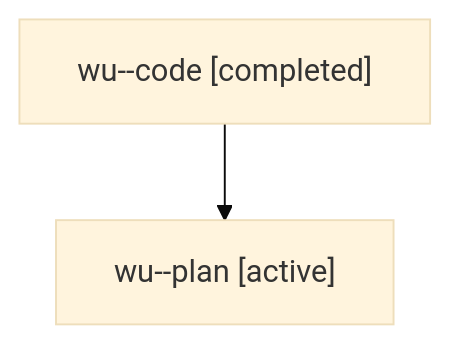
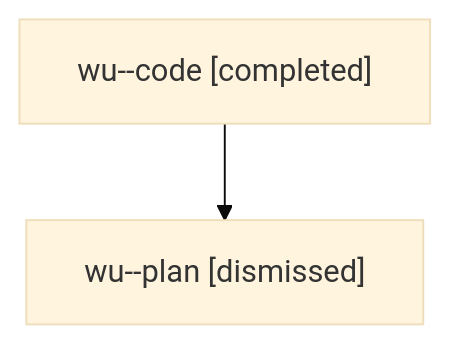
Before and after one commit to sase-org/sase--agents: the diagram in sessions/bbugyi200.athena.wu.md, drawn with Mermaid (base theme). The commit also changed other lines of this file and 12 other files, not shown here.

````diff
--- a/sessions/bbugyi200.athena.wu.md
+++ b/sessions/bbugyi200.athena.wu.md
@@ -9,6 +9,6 @@
 ```mermaid
 flowchart TD
   n0["wu--code [completed]"]
-  n1["wu--plan [active]"]
+  n1["wu--plan [dismissed]"]
   n0 --> n1
 ```
````
